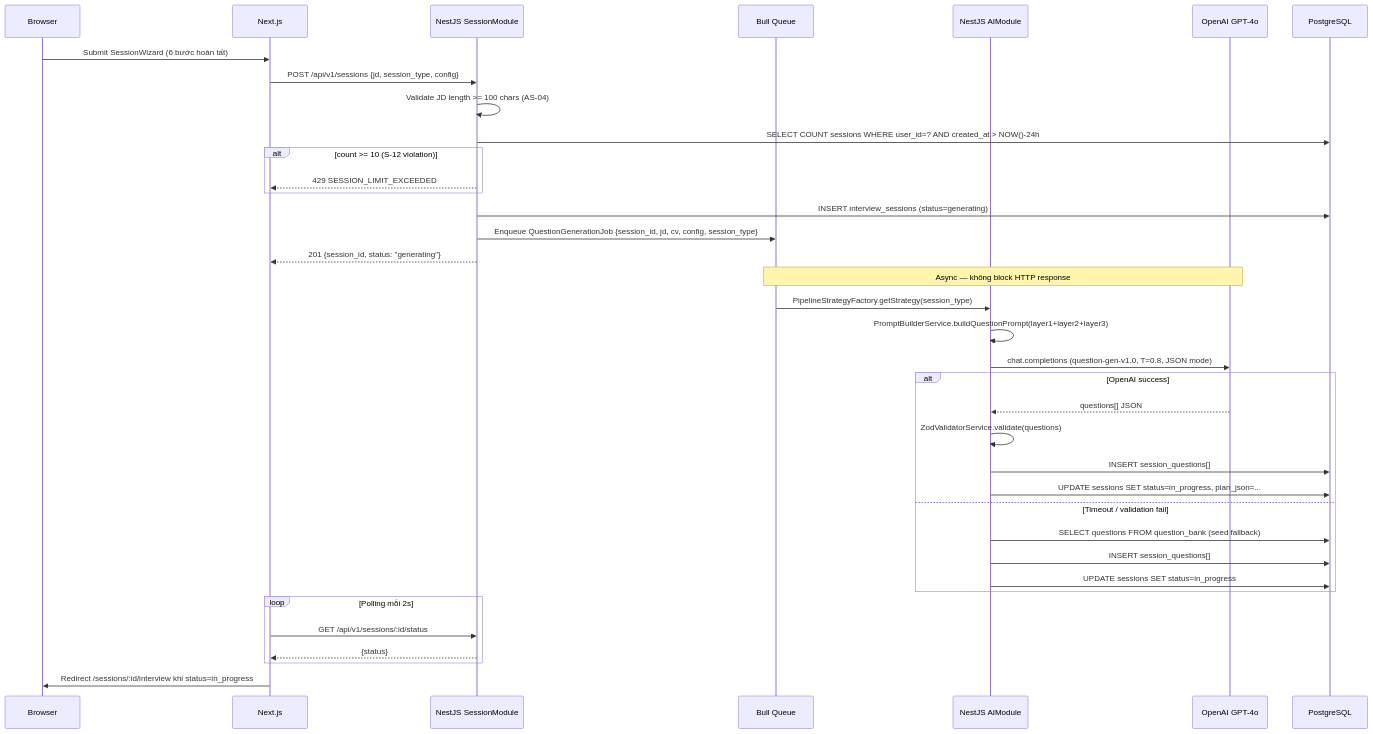
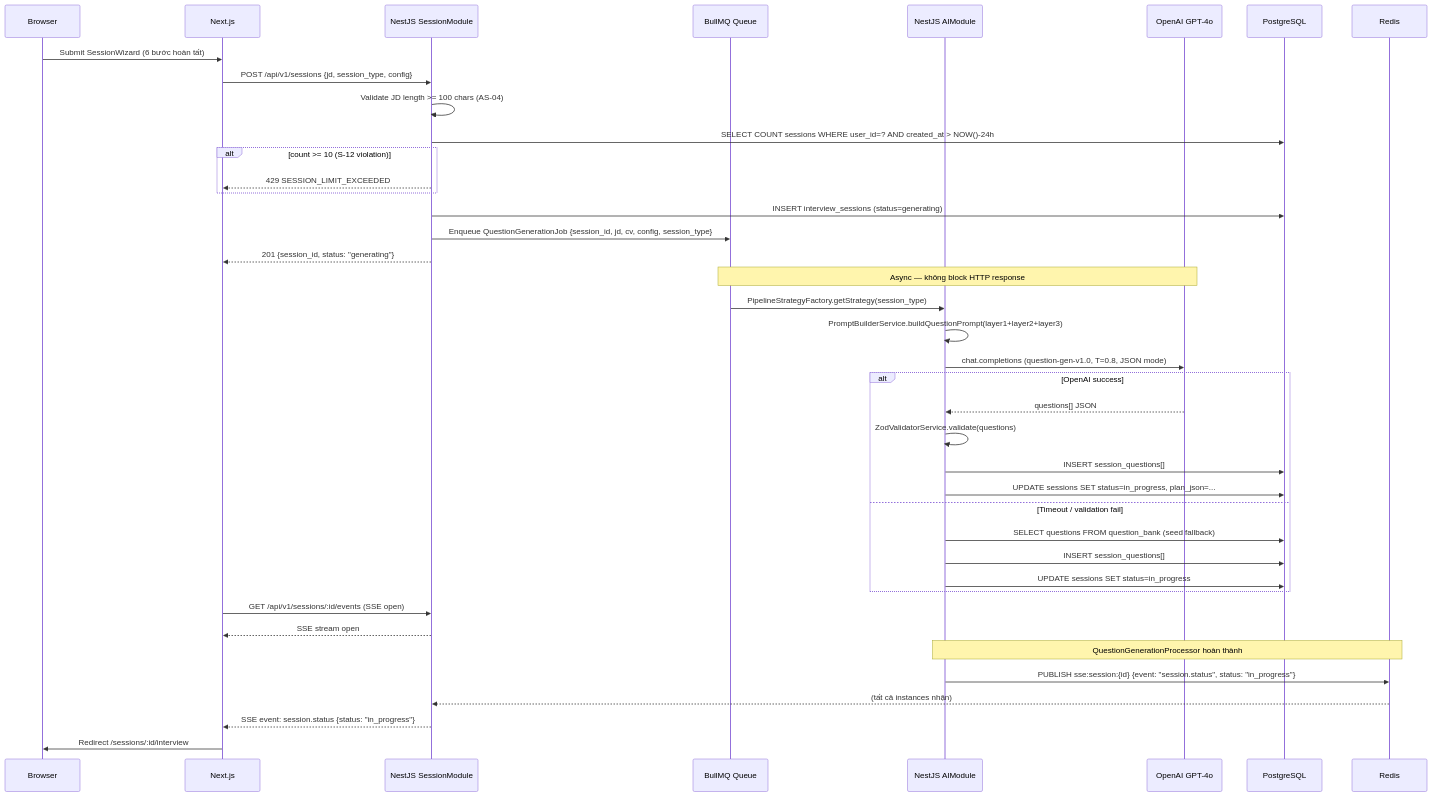
Before and after one commit to lethanhan01/interview-coach: the third of 11 diagrams in docs/Design/ArchitecturalDesign/HLD_InterviewAI_v1.0.md, drawn with Mermaid. The commit also changed other lines of this file and 8 other files, not shown here.

````diff
--- a/docs/Design/ArchitecturalDesign/HLD_InterviewAI_v1.0.md
+++ b/docs/Design/ArchitecturalDesign/HLD_InterviewAI_v1.0.md
@@ -297,45 +296,49 @@
 ```mermaid
 sequenceDiagram
     participant B as Browser
     participant N as Next.js
     participant NJ as NestJS SessionModule
-    participant Q as Bull Queue
+    participant Q as BullMQ Queue
     participant NJA as NestJS AIModule
     participant O as OpenAI GPT-4o
     participant DB as PostgreSQL
+    participant Redis as Redis
 
     B->>N: Submit SessionWizard (6 bước hoàn tất)
     N->>NJ: POST /api/v1/sessions {jd, session_type, config}
 
     NJ->>NJ: Validate JD length >= 100 chars (AS-04)
     NJ->>DB: SELECT COUNT sessions WHERE user_id=? AND created_at > NOW()-24h
     alt count >= 10 (S-12 violation)
         NJ-->>N: 429 SESSION_LIMIT_EXCEEDED
     end
 
     NJ->>DB: INSERT interview_sessions (status=generating)
     NJ->>Q: Enqueue QuestionGenerationJob {session_id, jd, cv, config, session_type}
     NJ-->>N: 201 {session_id, status: "generating"}
 
     Note over Q,O: Async — không block HTTP response
     Q->>NJA: PipelineStrategyFactory.getStrategy(session_type)
     NJA->>NJA: PromptBuilderService.buildQuestionPrompt(layer1+layer2+layer3)
     NJA->>O: chat.completions (question-gen-v1.0, T=0.8, JSON mode)
 
     alt OpenAI success
         O-->>NJA: questions[] JSON
         NJA->>NJA: ZodValidatorService.validate(questions)
         NJA->>DB: INSERT session_questions[]
         NJA->>DB: UPDATE sessions SET status=in_progress, plan_json=...
     else Timeout / validation fail
         NJA->>DB: SELECT questions FROM question_bank (seed fallback)
         NJA->>DB: INSERT session_questions[]
         NJA->>DB: UPDATE sessions SET status=in_progress
     end
 
-    loop Polling mỗi 2s
-        N->>NJ: GET /api/v1/sessions/:id/status
-        NJ-->>N: {status}
-    end
-    N->>B: Redirect /sessions/:id/interview khi status=in_progress
+    N->>NJ: GET /api/v1/sessions/:id/events (SSE open)
+    NJ-->>N: SSE stream open
+
+    Note over NJA,Redis: QuestionGenerationProcessor hoàn thành
+    NJA->>Redis: PUBLISH sse:session:{id} {event: "session.status", status: "in_progress"}
+    Redis-->>NJ: (tất cả instances nhận)
+    NJ-->>N: SSE event: session.status {status: "in_progress"}
+    N->>B: Redirect /sessions/:id/interview
 ```
````
